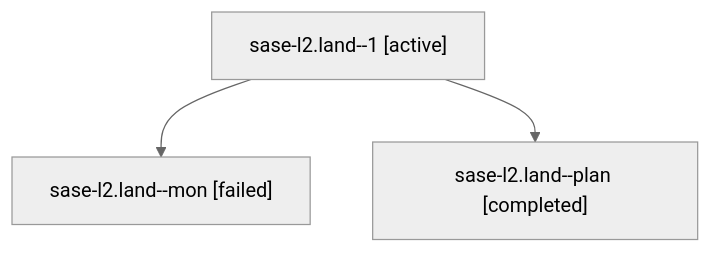
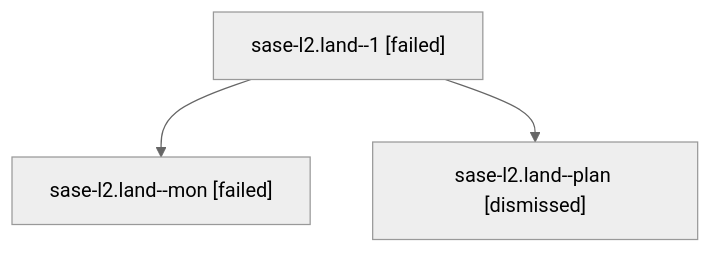
The diagram in families/bbugyi200.athena.sase-l2.land.md (sase-org/sase--agents), drawn with Mermaid (neutral theme) before and after one commit. The commit also changed other lines of this file and 1178 other files, not shown here.

````diff
--- a/families/bbugyi200.athena.sase-l2.land.md
+++ b/families/bbugyi200.athena.sase-l2.land.md
@@ -9,8 +9,8 @@
 ```mermaid
 flowchart TD
-  n0["sase-l2.land--1 [active]"]
+  n0["sase-l2.land--1 [failed]"]
   n1["sase-l2.land--mon [failed]"]
   n0 --> n1
-  n2["sase-l2.land--plan [completed]"]
+  n2["sase-l2.land--plan [dismissed]"]
   n0 --> n2
 ```
````
